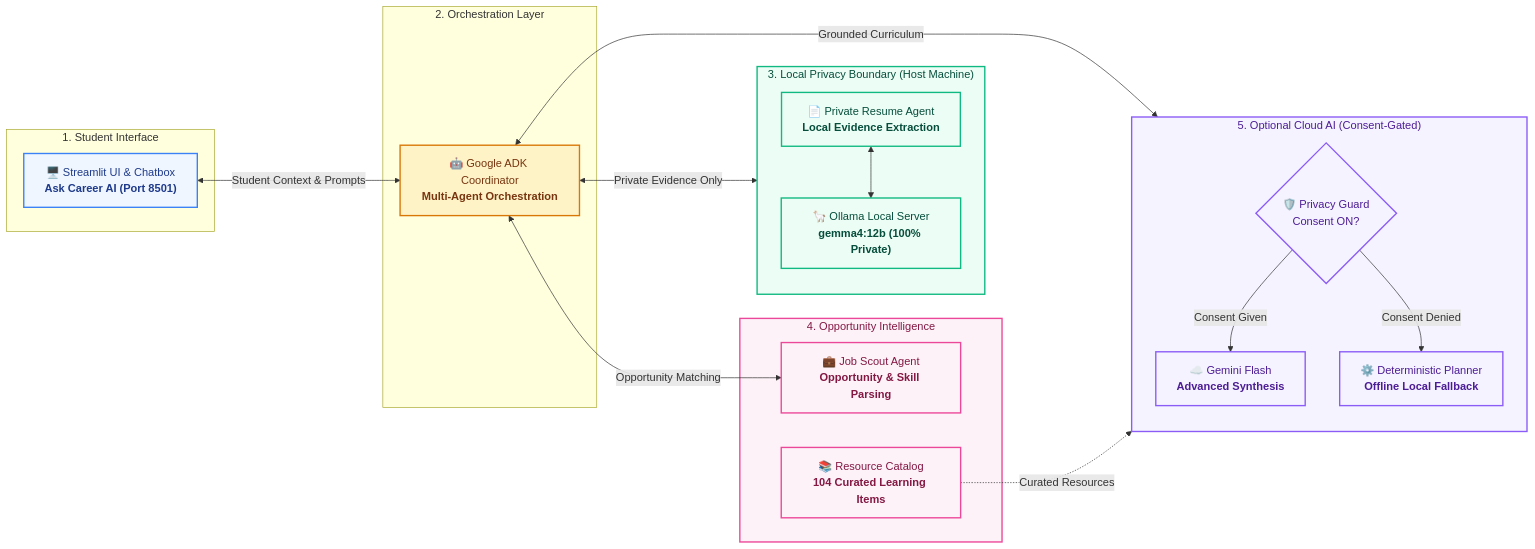
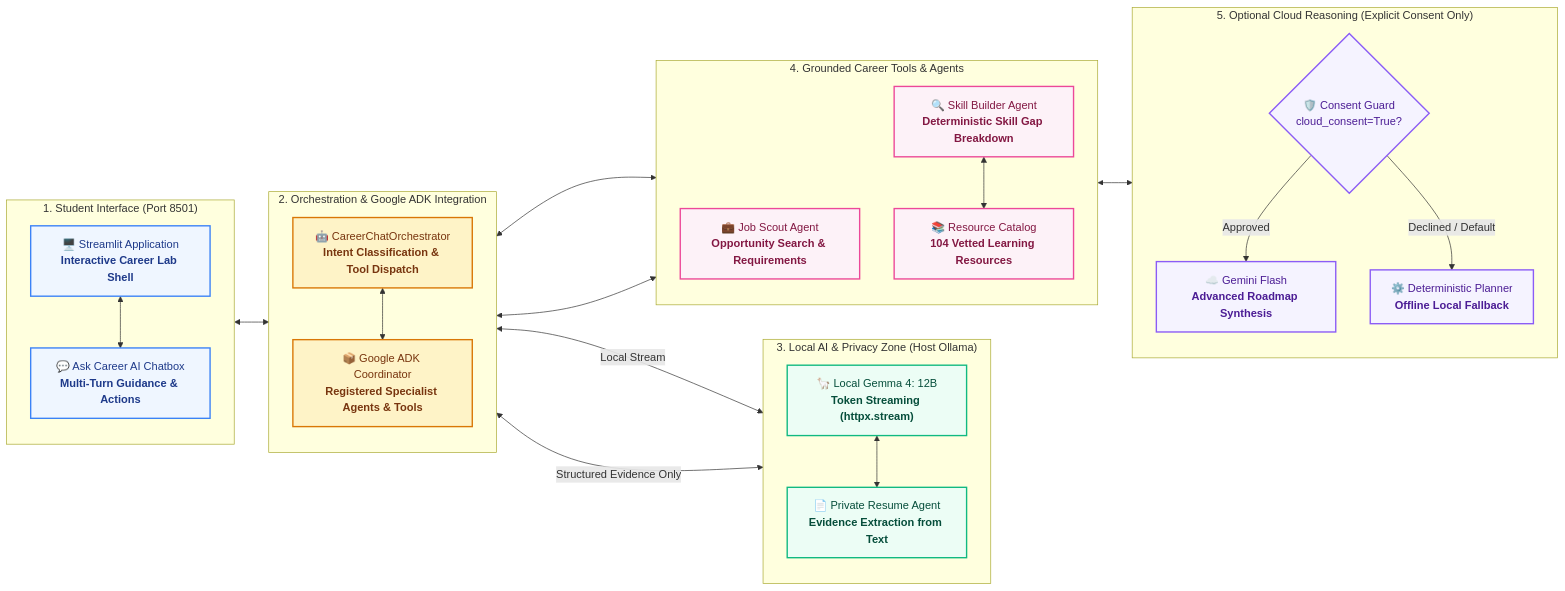
The diagram in docs/diagrams/system-overview.mmd (hastimal/agentic-career-lab), drawn with Mermaid before and after one commit. The commit also changed 2 other files, not shown here.

Commit message:
docs: finalize README with 2x2 action screenshots and grounded architecture

```diff
--- a/docs/diagrams/system-overview.mmd
+++ b/docs/diagrams/system-overview.mmd
@@ -1,46 +1,56 @@
 flowchart LR
     classDef client fill:#eff6ff,stroke:#3b82f6,stroke-width:2px,color:#1e3a8a;
     classDef coord fill:#fef3c7,stroke:#d97706,stroke-width:2px,color:#78350f;
     classDef local fill:#ecfdf5,stroke:#10b981,stroke-width:2px,color:#064e3b;
     classDef cloud fill:#f5f3ff,stroke:#8b5cf6,stroke-width:2px,color:#4c1d95;
-    classDef provider fill:#fdf2f8,stroke:#ec4899,stroke-width:2px,color:#831843;
+    classDef tools fill:#fdf2f8,stroke:#ec4899,stroke-width:2px,color:#831843;
 
-    subgraph ClientLayer ["1. Student Interface"]
-        UI["🖥️ Streamlit UI & Chatbox<br/><b>Ask Career AI (Port 8501)</b>"]
+    subgraph ClientLayer ["1. Student Interface (Port 8501)"]
+        direction TB
+        Streamlit["🖥️ Streamlit Application<br/><b>Interactive Career Lab Shell</b>"]
+        AskAI["💬 Ask Career AI Chatbox<br/><b>Multi-Turn Guidance & Actions</b>"]
+        Streamlit <--> AskAI
     end
 
-    subgraph CoordLayer ["2. Orchestration Layer"]
-        ADK["🤖 Google ADK Coordinator<br/><b>Multi-Agent Orchestration</b>"]
+    subgraph CoordLayer ["2. Orchestration & Google ADK Integration"]
+        direction TB
+        Orchestrator["🤖 CareerChatOrchestrator<br/><b>Intent Classification & Tool Dispatch</b>"]
+        ADK["📦 Google ADK Coordinator<br/><b>Registered Specialist Agents & Tools</b>"]
+        AskAI <--> Orchestrator
+        Orchestrator <--> ADK
     end
 
-    subgraph LocalPrivacy ["3. Local Privacy Boundary (Host Machine)"]
+    subgraph LocalAI ["3. Local AI & Privacy Zone (Host Ollama)"]
         direction TB
-        ResumeAgent["📄 Private Resume Agent<br/><b>Local Evidence Extraction</b>"]
-        Ollama["🦙 Ollama Local Server<br/><b>gemma4:12b (100% Private)</b>"]
-        ResumeAgent <--> Ollama
+        Gemma["🦙 Local Gemma 4: 12B<br/><b>Token Streaming (httpx.stream)</b>"]
+        ResumeAgent["📄 Private Resume Agent<br/><b>Evidence Extraction from Text</b>"]
+        Gemma <--> ResumeAgent
+        Orchestrator <-->|Local Stream| Gemma
+        ADK <-->|Structured Evidence Only| ResumeAgent
     end
 
-    subgraph ExternalOps ["4. Opportunity Intelligence"]
-        JobScout["💼 Job Scout Agent<br/><b>Opportunity & Skill Parsing</b>"]
-        Catalog["📚 Resource Catalog<br/><b>104 Curated Learning Items</b>"]
+    subgraph SpecialistAgents ["4. Grounded Career Tools & Agents"]
+        direction TB
+        JobScout["💼 Job Scout Agent<br/><b>Opportunity Search & Requirements</b>"]
+        SkillBuilder["🔍 Skill Builder Agent<br/><b>Deterministic Skill Gap Breakdown</b>"]
+        Catalog["📚 Resource Catalog<br/><b>104 Vetted Learning Resources</b>"]
+        ADK <--> JobScout
+        ADK <--> SkillBuilder
+        SkillBuilder <--> Catalog
     end
 
-    subgraph OptionalCloud ["5. Optional Cloud AI (Consent-Gated)"]
-        Guard{"🛡️ Privacy Guard<br/>Consent ON?"}
-        Gemini["☁️ Gemini Flash<br/><b>Advanced Synthesis</b>"]
-        Fallback["⚙️ Deterministic Planner<br/><b>Offline Local Fallback</b>"]
-        Guard -->|Consent Given| Gemini
-        Guard -->|Consent Denied| Fallback
+    subgraph CloudLayer ["5. Optional Cloud Reasoning (Explicit Consent Only)"]
+        direction TB
+        ConsentCheck{"🛡️ Consent Guard<br/>cloud_consent=True?"}
+        Gemini["☁️ Gemini Flash<br/><b>Advanced Roadmap Synthesis</b>"]
+        OfflinePlanner["⚙️ Deterministic Planner<br/><b>Offline Local Fallback</b>"]
+        ConsentCheck -->|Approved| Gemini
+        ConsentCheck -->|Declined / Default| OfflinePlanner
+        SkillBuilder <--> ConsentCheck
     end
 
-    UI <-->|Student Context & Prompts| ADK
-    ADK <-->|Private Evidence Only| LocalPrivacy
-    ADK <-->|Opportunity Matching| JobScout
-    ADK <-->|Grounded Curriculum| OptionalCloud
-    Catalog -.->|Curated Resources| OptionalCloud
-
-    class UI client;
-    class ADK coord;
-    class LocalPrivacy,ResumeAgent,Ollama local;
-    class OptionalCloud,Gemini,Fallback,Guard cloud;
-    class ExternalOps,JobScout,Catalog provider;
+    class Streamlit,AskAI client;
+    class Orchestrator,ADK coord;
+    class Gemma,ResumeAgent local;
+    class JobScout,SkillBuilder,Catalog tools;
+    class ConsentCheck,Gemini,OfflinePlanner cloud;
```
